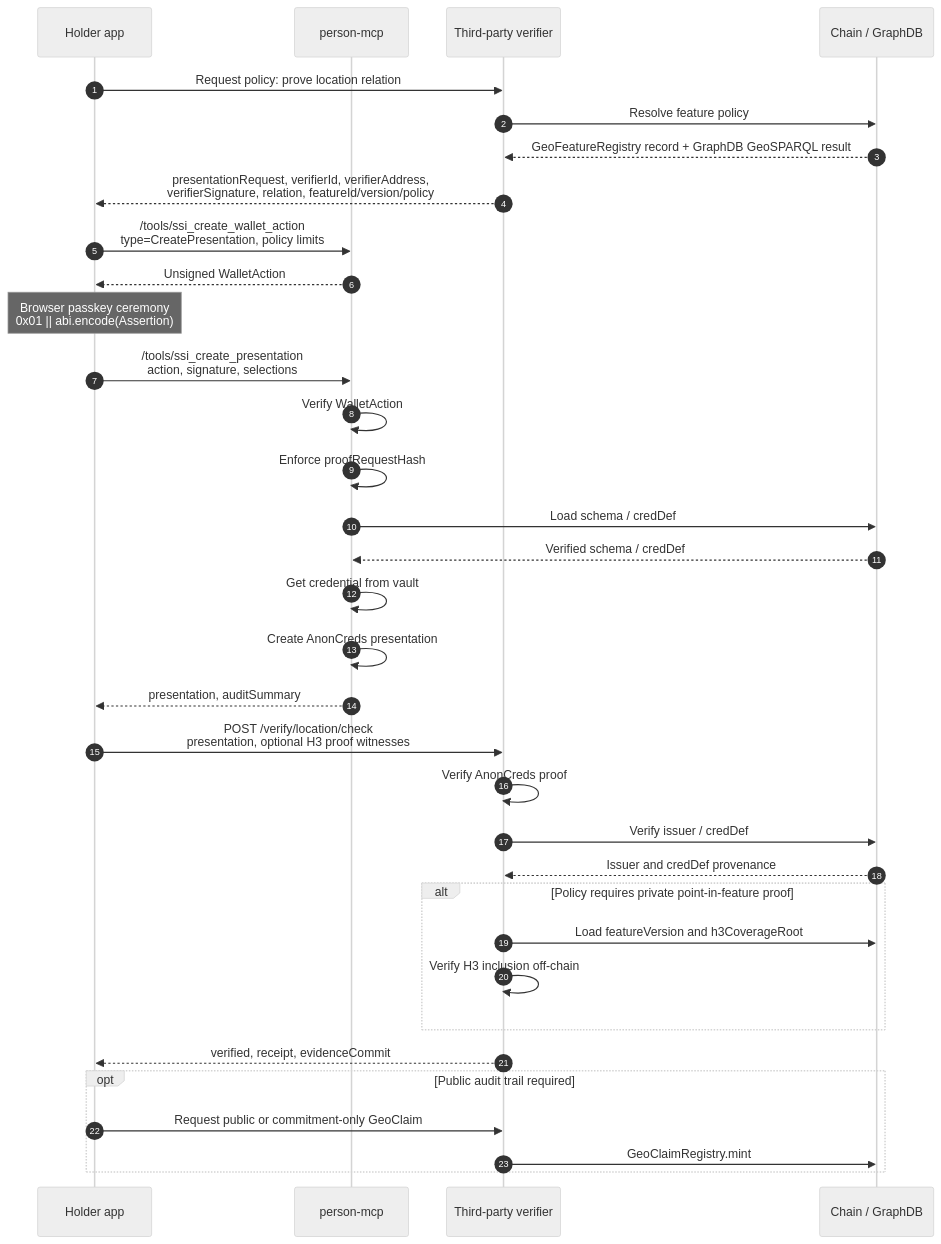
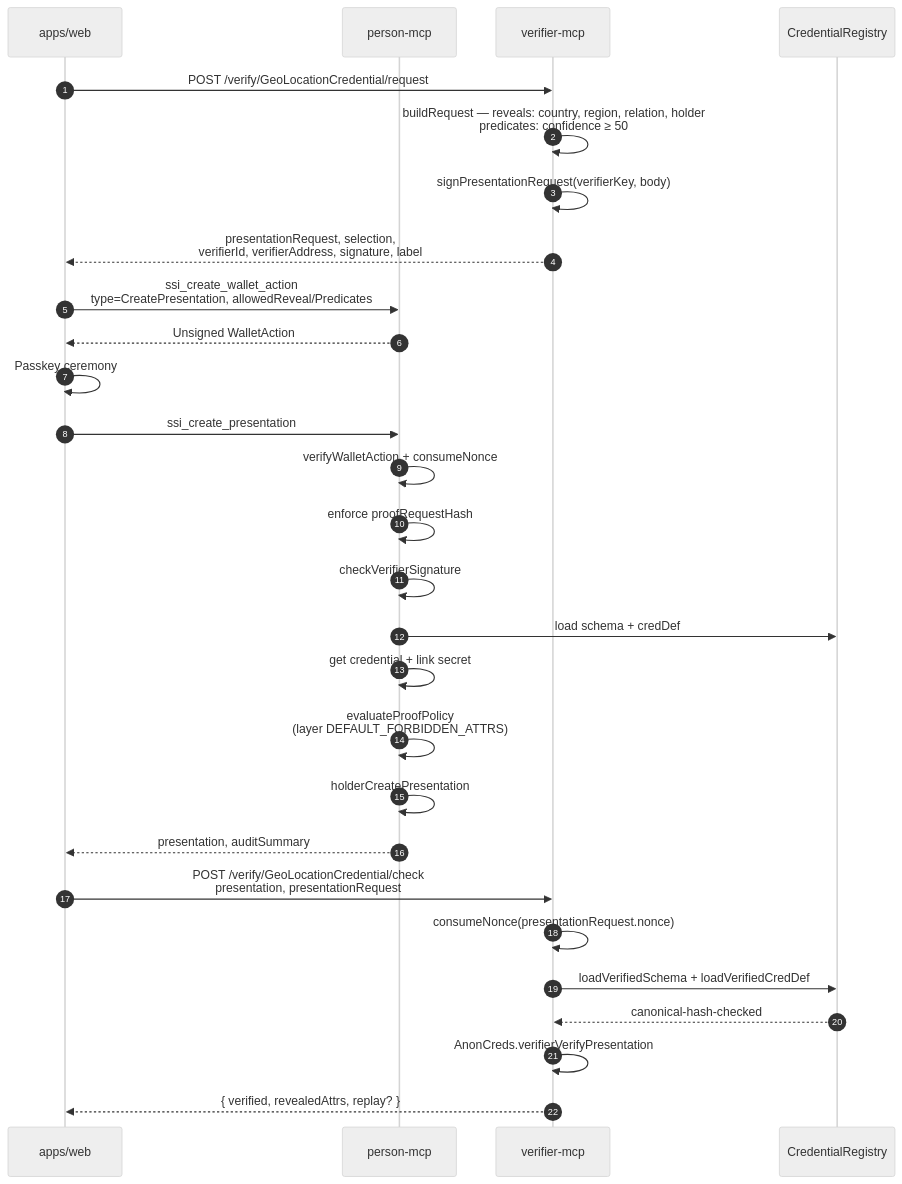
The second of 2 diagrams in docs/architecture/agent-location-credential.md (agentictrustlabs/smart-agent), drawn with Mermaid (neutral theme) before and after one commit. The commit also changed other lines of this file and 85 other files, not shown here.

Commit message:
updated anoncreds and graph info and working well

````diff
--- a/docs/architecture/agent-location-credential.md
+++ b/docs/architecture/agent-location-credential.md
@@ -126,44 +210,34 @@
 ```mermaid
 sequenceDiagram
     autonumber
-    participant Holder as Holder app
+    participant Web as apps/web
     participant MCP as person-mcp
-    participant Verifier as Third-party verifier
-    participant Chain as Chain / GraphDB
+    participant Verifier as verifier-mcp
+    participant Chain as CredentialRegistry
 
-    Holder->>Verifier: Request policy: prove location relation
-    Verifier->>Chain: Resolve feature policy
-    Chain-->>Verifier: GeoFeatureRegistry record + GraphDB GeoSPARQL result
-    Verifier-->>Holder: presentationRequest, verifierId, verifierAddress,<br/>verifierSignature, relation, featureId/version/policy
+    Web->>Verifier: POST /verify/GeoLocationCredential/request
+    Verifier->>Verifier: buildRequest — reveals: country, region, relation, holder<br/>predicates: confidence ≥ 50
+    Verifier->>Verifier: signPresentationRequest(verifierKey, body)
+    Verifier-->>Web: presentationRequest, selection,<br/>verifierId, verifierAddress, signature, label
 
-    Holder->>MCP: /tools/ssi_create_wallet_action<br/>type=CreatePresentation, policy limits
-    MCP-->>Holder: Unsigned WalletAction
+    Web->>MCP: ssi_create_wallet_action<br/>type=CreatePresentation, allowedReveal/Predicates
+    MCP-->>Web: Unsigned WalletAction
+    Web->>Web: Passkey ceremony
 
-    Note over Holder: Browser passkey ceremony<br/>0x01 || abi.encode(Assertion)
+    Web->>MCP: ssi_create_presentation
+    MCP->>MCP: verifyWalletAction + consumeNonce
+    MCP->>MCP: enforce proofRequestHash
+    MCP->>MCP: checkVerifierSignature
+    MCP->>Chain: load schema + credDef
+    MCP->>MCP: get credential + link secret
+    MCP->>MCP: evaluateProofPolicy<br/>(layer DEFAULT_FORBIDDEN_ATTRS)
+    MCP->>MCP: holderCreatePresentation
+    MCP-->>Web: presentation, auditSummary
 
-    Holder->>MCP: /tools/ssi_create_presentation<br/>action, signature, selections
-    MCP->>MCP: Verify WalletAction
-    MCP->>MCP: Enforce proofRequestHash
-    MCP->>Chain: Load schema / credDef
-    Chain-->>MCP: Verified schema / credDef
-    MCP->>MCP: Get credential from vault
-    MCP->>MCP: Create AnonCreds presentation
-    MCP-->>Holder: presentation, auditSummary
-
-    Holder->>Verifier: POST /verify/location/check<br/>presentation, optional H3 proof witnesses
-    Verifier->>Verifier: Verify AnonCreds proof
-    Verifier->>Chain: Verify issuer / credDef
-    Chain-->>Verifier: Issuer and credDef provenance
-
-    alt Policy requires private point-in-feature proof
-        Verifier->>Chain: Load featureVersion and h3CoverageRoot
-        Verifier->>Verifier: Verify H3 inclusion off-chain
-    end
-
-    Verifier-->>Holder: verified, receipt, evidenceCommit
-
-    opt Public audit trail required
-        Holder->>Verifier: Request public or commitment-only GeoClaim
-        Verifier->>Chain: GeoClaimRegistry.mint
-    end
+    Web->>Verifier: POST /verify/GeoLocationCredential/check<br/>presentation, presentationRequest
+    Verifier->>Verifier: consumeNonce(presentationRequest.nonce)
+    Verifier->>Chain: loadVerifiedSchema + loadVerifiedCredDef
+    Chain-->>Verifier: canonical-hash-checked
+    Verifier->>Verifier: AnonCreds.verifierVerifyPresentation
+    Verifier-->>Web: { verified, revealedAttrs, replay? }
 ```
````
